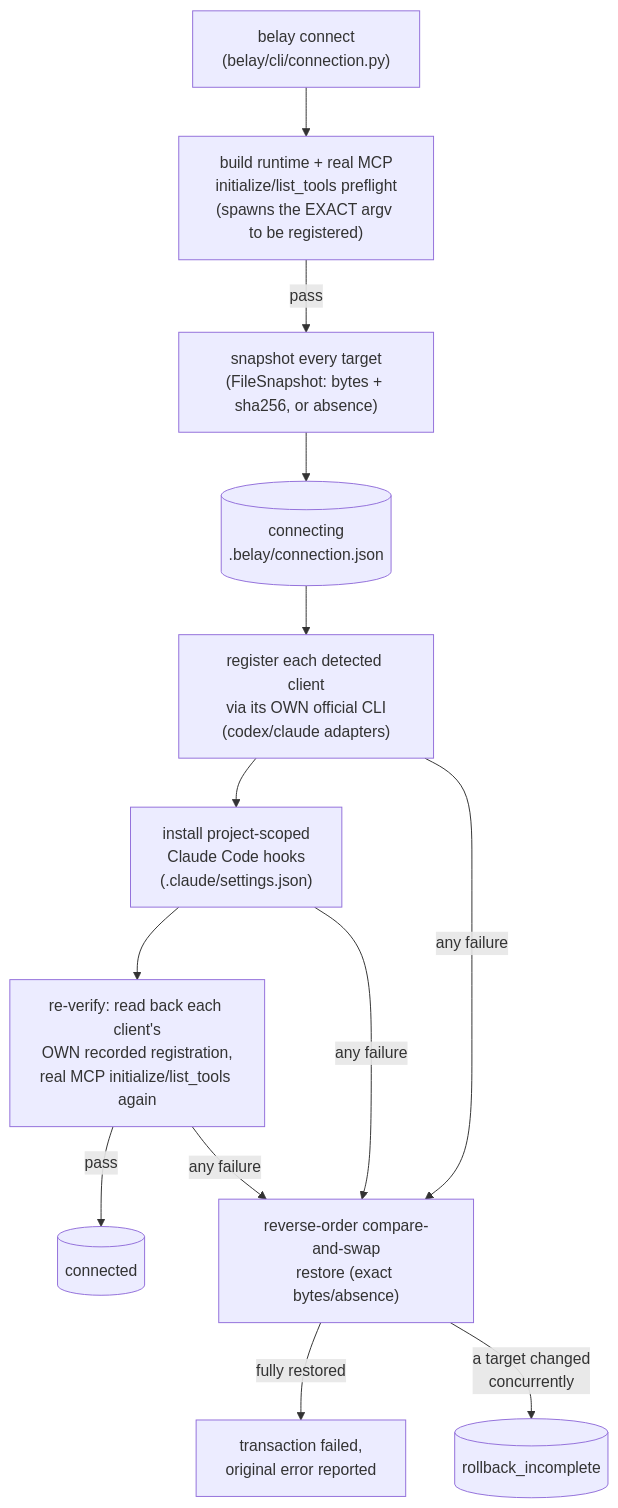
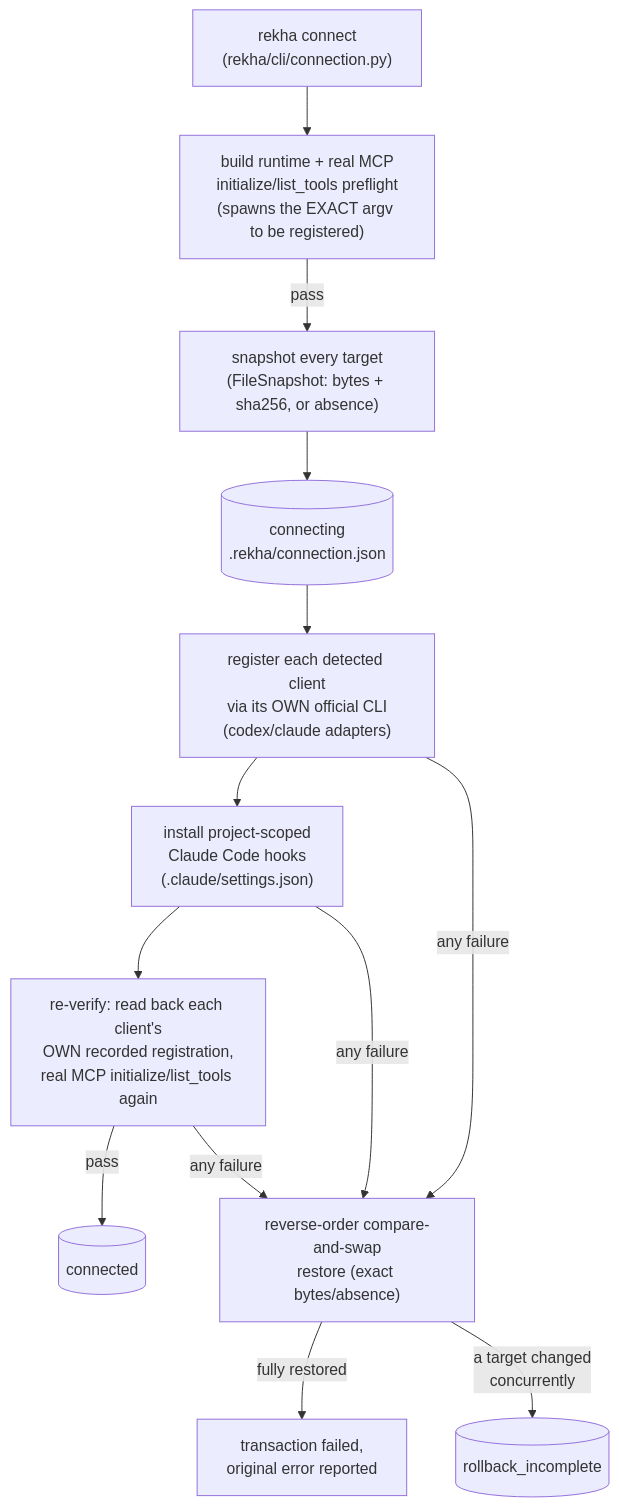
One commit to VexedPainter/Rekha-Razorpay-Recovery-Agent changed the second of 2 diagrams in docs/architecture.md. Above: the diagram before and after it, drawn with Mermaid. The commit also changed other lines of this file and 284 other files, not shown here.

````diff
--- a/docs/architecture.md
+++ b/docs/architecture.md
@@ -108,16 +108,16 @@
 ```mermaid
 flowchart TB
-    Connect["belay connect\n(belay/cli/connection.py)"]
+    Connect["rekha connect\n(rekha/cli/connection.py)"]
     Connect --> Preflight["build runtime + real MCP\ninitialize/list_tools preflight\n(spawns the EXACT argv to be registered)"]
     Preflight -- pass --> Snapshot["snapshot every target\n(FileSnapshot: bytes + sha256, or absence)"]
-    Snapshot --> Manifest[("connecting\n.belay/connection.json")]
+    Snapshot --> Manifest[("connecting\n.rekha/connection.json")]
     Manifest --> Register["register each detected client\nvia its OWN official CLI\n(codex/claude adapters)"]
     Register --> Hooks["install project-scoped\nClaude Code hooks\n(.claude/settings.json)"]
     Hooks --> Verify["re-verify: read back each client's\nOWN recorded registration,\nreal MCP initialize/list_tools again"]
     Verify -- pass --> Connected[("connected")]
     Register -- any failure --> Rollback["reverse-order compare-and-swap\nrestore (exact bytes/absence)"]
     Hooks -- any failure --> Rollback
     Verify -- any failure --> Rollback
     Rollback -- fully restored --> Reverted["transaction failed,\noriginal error reported"]
     Rollback -- "a target changed\nconcurrently" --> Incomplete[("rollback_incomplete")]
 ```
````
